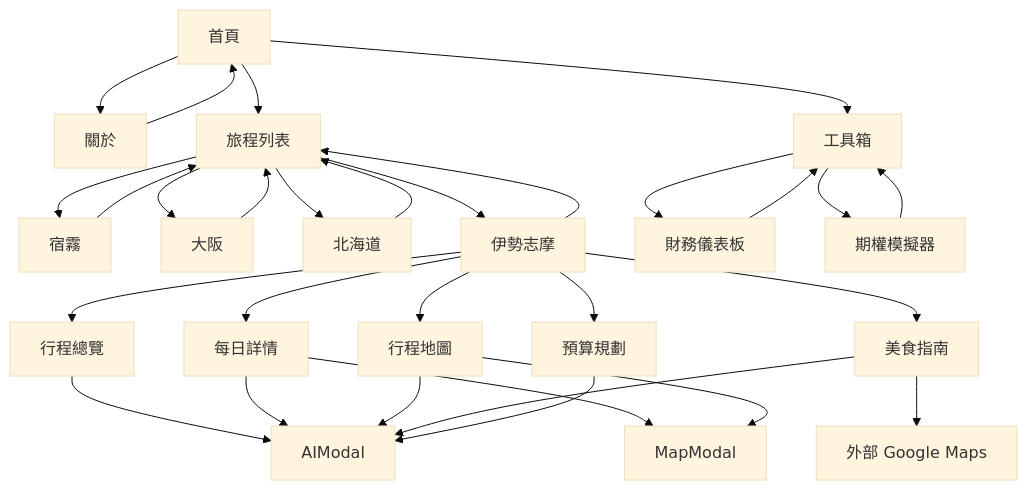
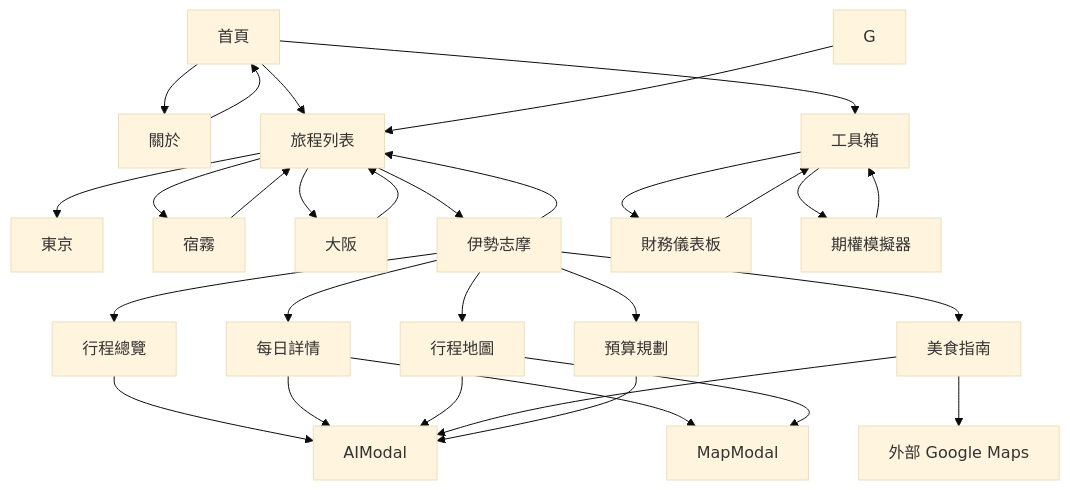
One commit to foreverbule2003/me changed the diagram in docs/SITEMAP.md. Above: the diagram before and after it, drawn with Mermaid (base theme). The commit also changed other lines of this file and 19 other files, not shown here.

````diff
--- a/docs/SITEMAP.md
+++ b/docs/SITEMAP.md
@@ -93,38 +93,38 @@
 ```mermaid
 graph TD
     A[首頁] --> B[關於]
     A --> C[旅程列表]
     A --> D[工具箱]
 
+    C --> T[東京]
     C --> E[宿霧]
     C --> F[大阪]
-    C --> G[北海道]
     C --> H[伊勢志摩]
 
     H --> H1[行程總覽]
     H --> H2[每日詳情]
     H --> H3[行程地圖]
     H --> H4[美食指南]
     H --> H5[預算規劃]
 
     H2 --> M1[MapModal]
     H3 --> M1
     H4 --> M2[外部 Google Maps]
 
     H1 --> AI[AIModal]
     H2 --> AI
     H3 --> AI
     H4 --> AI
     H5 --> AI
 
     D --> I[財務儀表板]
     D --> J[期權模擬器]
 
     B --> A
     E --> C
     F --> C
     G --> C
     H --> C
     I --> D
     J --> D
 ```
````
